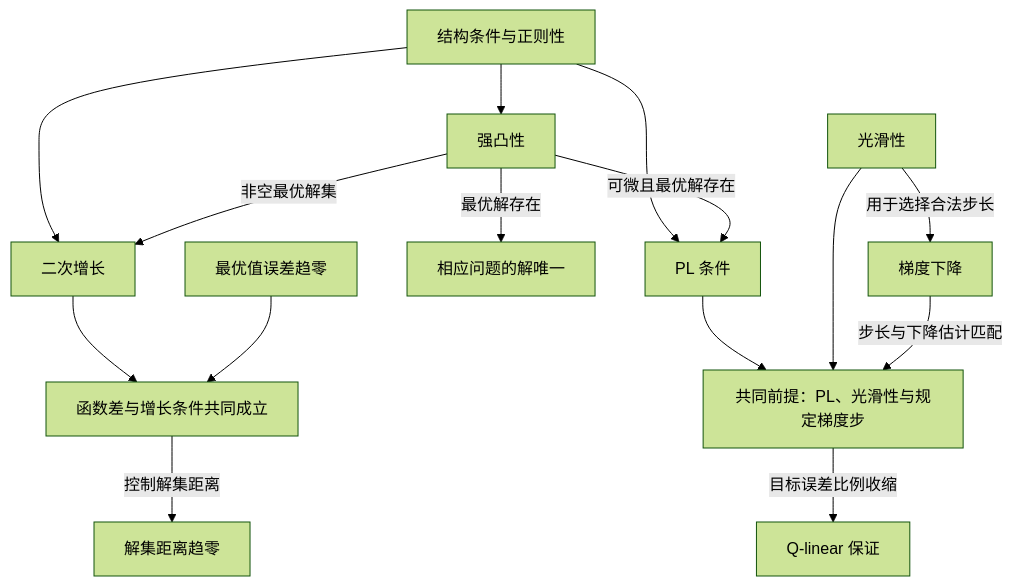
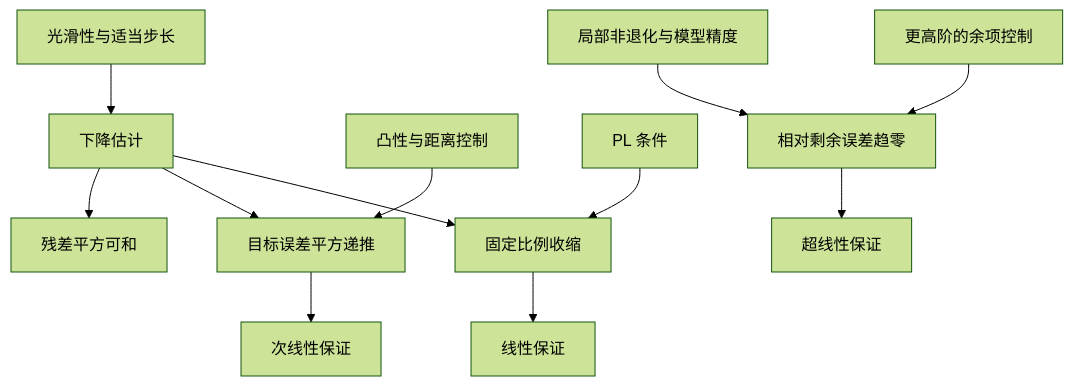
One commit to ConanXu-math/conanxu-math.github.io changed the fourth of 5 diagrams in _posts/2026-11-14-optimization-convergence-map.zh-CN.md. Above: the diagram before and after it, drawn with Mermaid (forest theme). The commit also changed other lines of this file and 5 other files, not shown here.

````diff
--- a/_posts/2026-11-14-optimization-convergence-map.zh-CN.md
+++ b/_posts/2026-11-14-optimization-convergence-map.zh-CN.md
@@ -2168,17 +650,14 @@
 ```mermaid
 flowchart TD
-  map_conditions["结构条件与正则性"] --> c_strong["强凸性"]
-  map_conditions --> c_pl["PL 条件"]
-  map_conditions --> c_qg["二次增长"]
-  c_strong -->|非空最优解集| c_qg
-  c_strong -->|可微且最优解存在| c_pl
-  c_strong -->|最优解存在| c_unique["相应问题的解唯一"]
-  c_pl --> join_pl["共同前提：PL、光滑性与规定梯度步"]
-  c_smooth["光滑性"] --> join_pl
-  c_smooth -->|用于选择合法步长| alg_gd
-  alg_gd["梯度下降"] -->|步长与下降估计匹配| join_pl
-  join_pl -->|目标误差比例收缩| rate_qlinear["Q-linear 保证"]
-  c_qg --> join_growth["函数差与增长条件共同成立"]
-  goal_gap["最优值误差趋零"] --> join_growth
-  join_growth -->|控制解集距离| goal_set["解集距离趋零"]
+  L["光滑性与适当步长"] --> D["下降估计"]
+  D --> S["残差平方可和"]
+  C["凸性与距离控制"] --> R1["目标误差平方递推"]
+  D --> R1
+  R1 --> SL["次线性保证"]
+  PL["PL 条件"] --> R2["固定比例收缩"]
+  D --> R2
+  R2 --> LI["线性保证"]
+  N["局部非退化与模型精度"] --> R3["相对剩余误差趋零"]
+  R3 --> SU["超线性保证"]
+  H["更高阶的余项控制"] --> R3
 ```
````
